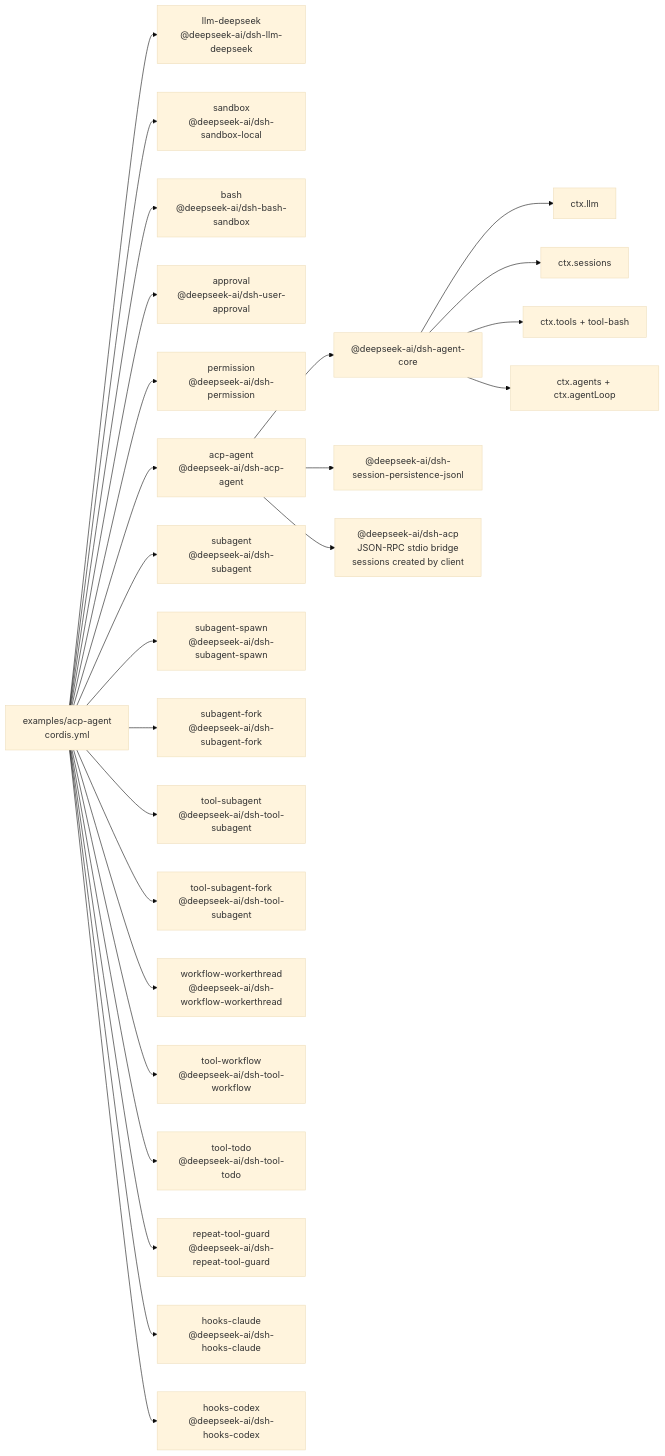
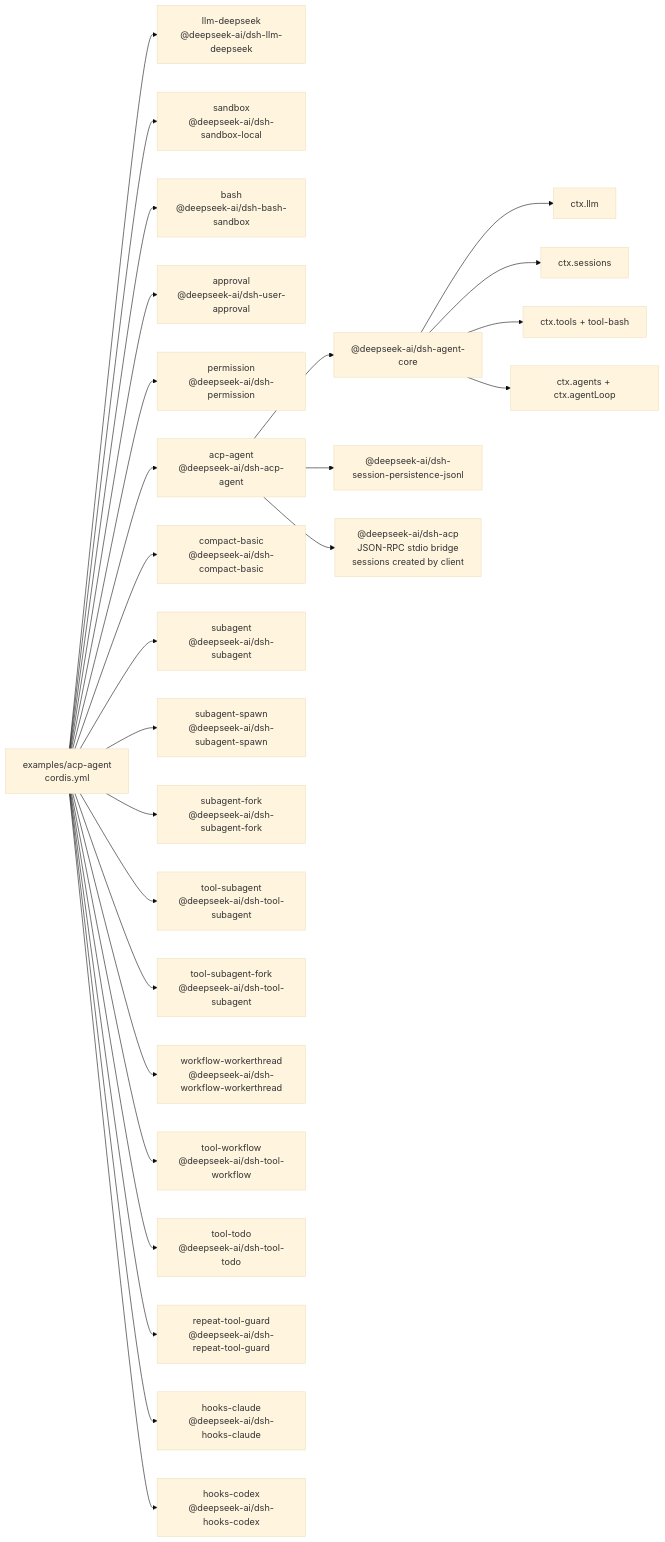
The diagram in examples/acp-agent/composition.md (007M7/DeepCode), drawn with Mermaid (base theme) before and after one commit. The commit also changed other lines of this file and 1 other file, not shown here.

Commit message:
feat(acp): enable automatic compaction

````diff
--- a/examples/acp-agent/composition.md
+++ b/examples/acp-agent/composition.md
@@ -8,45 +8,47 @@
 ```mermaid
 flowchart LR
   cfg["examples/acp-agent<br/>cordis.yml"]
   plugin_acp_llm_deepseek["llm-deepseek<br/>@deepseek-ai/dsh-llm-deepseek"]
   cfg --> plugin_acp_llm_deepseek
   plugin_acp_sandbox["sandbox<br/>@deepseek-ai/dsh-sandbox-local"]
   cfg --> plugin_acp_sandbox
   plugin_acp_bash["bash<br/>@deepseek-ai/dsh-bash-sandbox"]
   cfg --> plugin_acp_bash
   plugin_acp_approval["approval<br/>@deepseek-ai/dsh-user-approval"]
   cfg --> plugin_acp_approval
   plugin_acp_permission["permission<br/>@deepseek-ai/dsh-permission"]
   cfg --> plugin_acp_permission
   plugin_acp_acp_agent["acp-agent<br/>@deepseek-ai/dsh-acp-agent"]
   cfg --> plugin_acp_acp_agent
   plugin_acp_acp_agent --> bundle_agent_core["@deepseek-ai/dsh-agent-core"]
   plugin_acp_acp_agent --> bundle_jsonl["@deepseek-ai/dsh-session-persistence-jsonl"]
   plugin_acp_acp_agent --> frontdoor_acp["@deepseek-ai/dsh-acp<br/>JSON-RPC stdio bridge<br/>sessions created by client"]
   bundle_agent_core --> spine_llm["ctx.llm"]
   bundle_agent_core --> spine_sessions["ctx.sessions"]
   bundle_agent_core --> spine_tools["ctx.tools + tool-bash"]
   bundle_agent_core --> spine_loop["ctx.agents + ctx.agentLoop"]
+  plugin_acp_compact_basic["compact-basic<br/>@deepseek-ai/dsh-compact-basic"]
+  cfg --> plugin_acp_compact_basic
   plugin_acp_subagent["subagent<br/>@deepseek-ai/dsh-subagent"]
   cfg --> plugin_acp_subagent
   plugin_acp_subagent_spawn["subagent-spawn<br/>@deepseek-ai/dsh-subagent-spawn"]
   cfg --> plugin_acp_subagent_spawn
   plugin_acp_subagent_fork["subagent-fork<br/>@deepseek-ai/dsh-subagent-fork"]
   cfg --> plugin_acp_subagent_fork
   plugin_acp_tool_subagent["tool-subagent<br/>@deepseek-ai/dsh-tool-subagent"]
   cfg --> plugin_acp_tool_subagent
   plugin_acp_tool_subagent_fork["tool-subagent-fork<br/>@deepseek-ai/dsh-tool-subagent"]
   cfg --> plugin_acp_tool_subagent_fork
   plugin_acp_workflow_workerthread["workflow-workerthread<br/>@deepseek-ai/dsh-workflow-workerthread"]
   cfg --> plugin_acp_workflow_workerthread
   plugin_acp_tool_workflow["tool-workflow<br/>@deepseek-ai/dsh-tool-workflow"]
   cfg --> plugin_acp_tool_workflow
   plugin_acp_tool_todo["tool-todo<br/>@deepseek-ai/dsh-tool-todo"]
   cfg --> plugin_acp_tool_todo
   plugin_acp_repeat_tool_guard["repeat-tool-guard<br/>@deepseek-ai/dsh-repeat-tool-guard"]
   cfg --> plugin_acp_repeat_tool_guard
   plugin_acp_hooks_claude["hooks-claude<br/>@deepseek-ai/dsh-hooks-claude"]
   cfg --> plugin_acp_hooks_claude
   plugin_acp_hooks_codex["hooks-codex<br/>@deepseek-ai/dsh-hooks-codex"]
   cfg --> plugin_acp_hooks_codex
 ```
````
